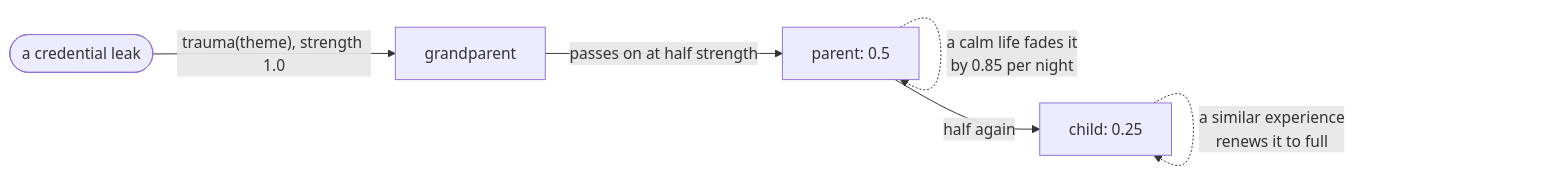
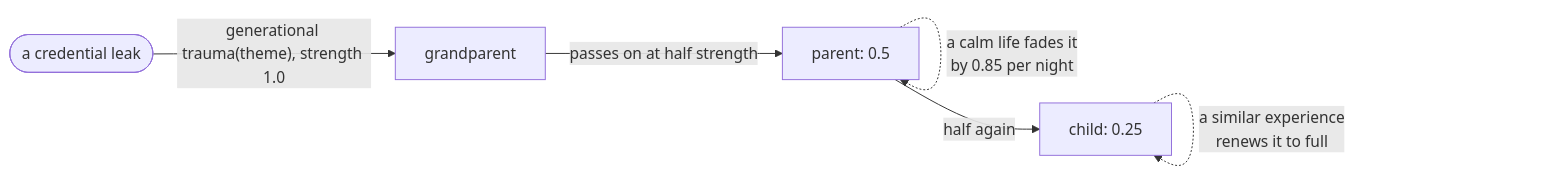
The fifth of 5 diagrams in README.md (TheHaymaker/Ensemble-of-memories), drawn with Mermaid before and after one commit. The commit also changed other lines of this file and 6 other files, not shown here.

First line of the commit message:
Generational trauma answers only to generational-trauma and received-wisdom

````diff
--- a/README.md
+++ b/README.md
@@ -148,8 +148,8 @@
 ```mermaid
 flowchart LR
-    E(["a credential leak"]) -->|"trauma(theme), strength 1.0"| G["grandparent"]
+    E(["a credential leak"]) -->|"generational trauma(theme), strength 1.0"| G["grandparent"]
     G -->|"passes on at half strength"| P["parent: 0.5"]
     P -->|"half again"| C["child: 0.25"]
     P -. "a calm life fades it<br/>by 0.85 per night" .-> P
     C -. "a similar experience<br/>renews it to full" .-> C
 ```
````
